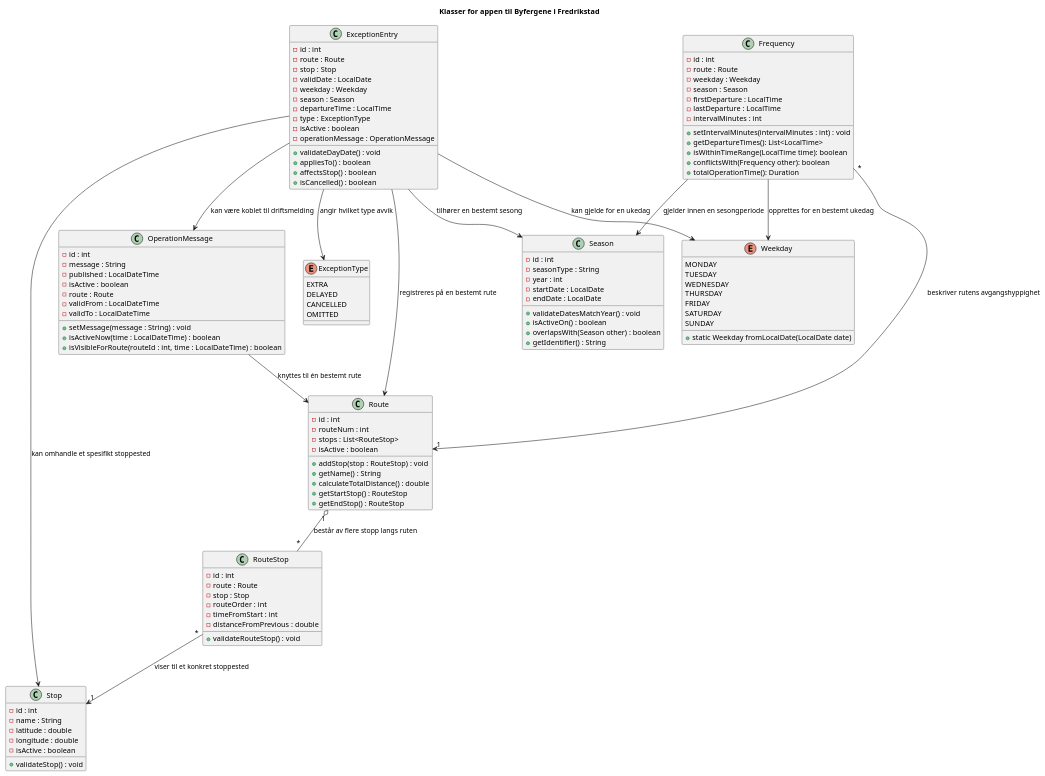
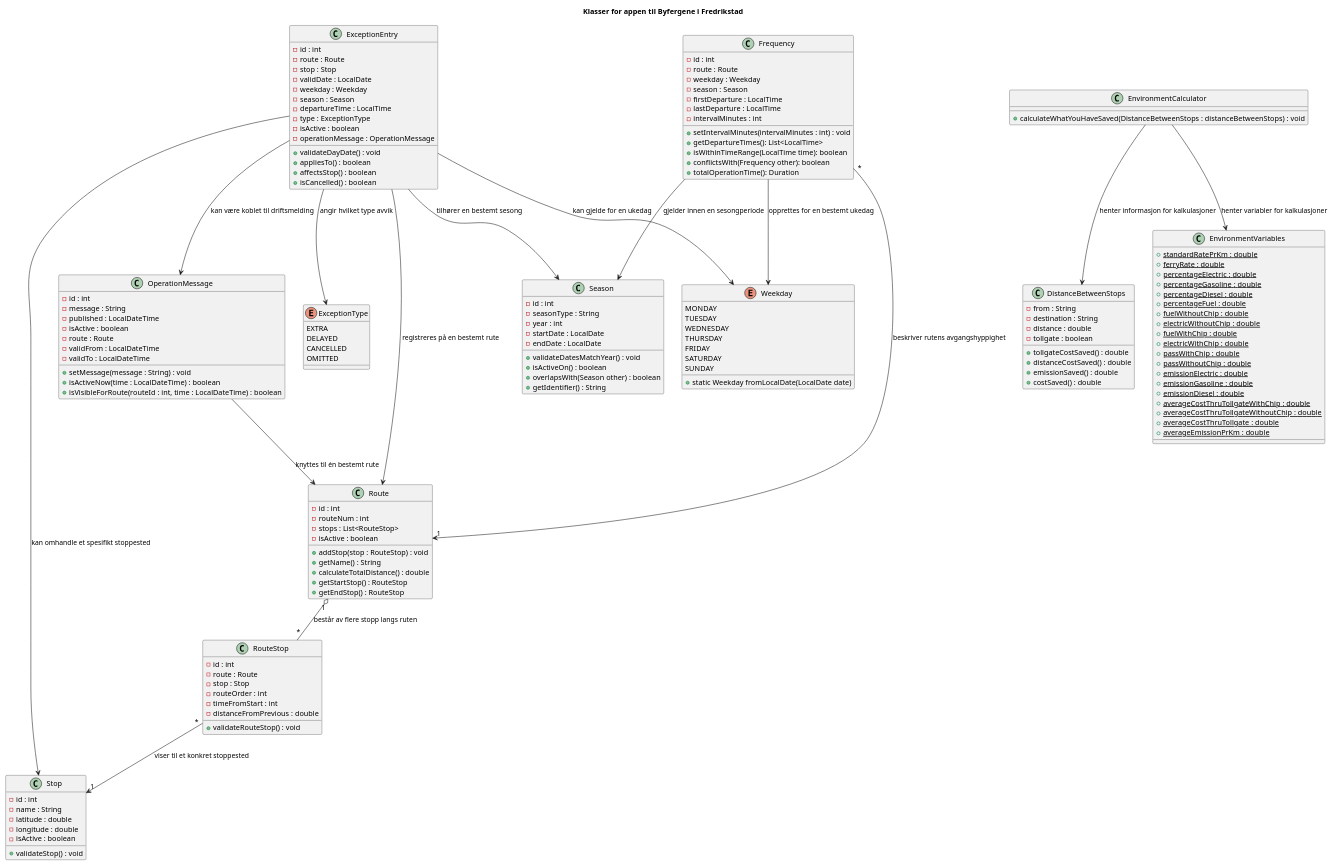
One commit to VictoriaElli/SeT15 changed the diagram in docs/Klassediagram-NY.puml. Above: the diagram before and after it, drawn with PlantUML. The commit also changed 2 other files, not shown here.

Commit message:
docs: add environment classes and sequence diagrams
Introduces Environment-related classes to the class diagram, including DistanceBetweenStops, EnvironmentCalculator, and EnvironmentVariables. Adds two new sequence diagrams for admin and user ferry departure workflows.

```diff
--- a/docs/Klassediagram-NY.puml
+++ b/docs/Klassediagram-NY.puml
@@ -1,143 +1,190 @@
 @startuml
 title Klasser for appen til Byfergene i Fredrikstad
 
 ' ========= Route =========
 class Route {
   - id : int
   - routeNum : int
   - stops : List<RouteStop>
   - isActive : boolean
 
   + addStop(stop : RouteStop) : void
   + getName() : String
   + calculateTotalDistance() : double
   + getStartStop() : RouteStop
   + getEndStop() : RouteStop
 }
 
 ' ========= RouteStop =========
 class RouteStop {
   - id : int
   - route : Route
   - stop : Stop
   - routeOrder : int
   - timeFromStart : int
   - distanceFromPrevious : double
 
   + validateRouteStop() : void
 }
 
 ' ========= Stop =========
 class Stop {
   - id : int
   - name : String
   - latitude : double
   - longitude : double
   - isActive : boolean
 
   + validateStop() : void
 }
 
 ' ========= OperationMessage =========
 class OperationMessage {
   - id : int
   - message : String
   - published : LocalDateTime
   - isActive : boolean
   - route : Route
   - validFrom : LocalDateTime
   - validTo : LocalDateTime
 
   + setMessage(message : String) : void
   + isActiveNow(time : LocalDateTime) : boolean
   + isVisibleForRoute(routeId : int, time : LocalDateTime) : boolean
 }
 
 ' ========= ExceptionEntry =========
 class ExceptionEntry {
   - id : int
   - route : Route
   - stop : Stop
   - validDate : LocalDate
   - weekday : Weekday
   - season : Season
   - departureTime : LocalTime
   - type : ExceptionType
   - isActive : boolean
   - operationMessage : OperationMessage
 
   + validateDayDate() : void
   + appliesTo() : boolean
   + affectsStop() : boolean
   + isCancelled() : boolean
 }
 
 ' ========= Frequency =========
 class Frequency {
   - id : int
   - route : Route
   - weekday : Weekday
   - season : Season
   - firstDeparture : LocalTime
   - lastDeparture : LocalTime
   - intervalMinutes : int
 
   + setIntervalMinutes(intervalMinutes : int) : void
   + getDepartureTimes(): List<LocalTime>
   + isWithinTimeRange(LocalTime time): boolean
   + conflictsWith(Frequency other): boolean
   + totalOperationTime(): Duration
 }
 
 ' ========= Season =========
 class Season {
   - id : int
   - seasonType : String
   - year : int
   - startDate : LocalDate
   - endDate : LocalDate
 
   + validateDatesMatchYear() : void
   + isActiveOn() : boolean
   + overlapsWith(Season other) : boolean
   + getIdentifier() : String
 }
 
 ' ========= Enums =========
 enum Weekday {
   MONDAY
   TUESDAY
   WEDNESDAY
   THURSDAY
   FRIDAY
   SATURDAY
   SUNDAY
 
   + static Weekday fromLocalDate(LocalDate date)
 }
 
 enum ExceptionType {
   EXTRA
   DELAYED
   CANCELLED
   OMITTED
 }
 
+' ========= Environment =========
+class DistanceBetweenStops {
+  - from : String
+  - destination : String
+  - distance : double
+  - tollgate : boolean
+
+  + tollgateCostSaved() : double
+  + distanceCostSaved() : double
+  + emissionSaved() : double
+  + costSaved() : double
+}
+
+class EnvironmentCalculator {
+  + calculateWhatYouHaveSaved(DistanceBetweenStops : distanceBetweenStops) : void
+}
+
+class EnvironmentVariables {
+    + {static} standardRatePrKm : double
+    + {static} ferryRate : double
+    + {static} percentageElectric : double
+    + {static} percentageGasoline : double
+    + {static} percentageDiesel : double
+    + {static} percentageFuel : double
+    + {static} fuelWithoutChip : double
+    + {static} electricWithoutChip : double
+    + {static} fuelWithChip : double
+    + {static} electricWithChip : double
+    + {static} passWithChip : double
+    + {static} passWithoutChip : double
+    + {static} emissionElectric : double
+    + {static} emissionGasoline : double
+    + {static} emissionDiesel : double
+    + {static} averageCostThruTollgateWithChip : double
+    + {static} averageCostThruTollgateWithoutChip : double
+    + {static} averageCostThruTollgate : double
+    + {static} averageEmissionPrKm : double
+}
+
+
+EnvironmentCalculator --> DistanceBetweenStops : henter informasjon for kalkulasjoner
+EnvironmentCalculator --> EnvironmentVariables : henter variabler for kalkulasjoner
+
+
+
+
 ' ========= Relasjoner (mer naturlige beskrivelser) =========
 Route "1" o-- "*" RouteStop : består av flere stopp langs ruten
 RouteStop "*" --> "1" Stop : viser til et konkret stoppested
 
 OperationMessage --> Route : knyttes til én bestemt rute
 
 Frequency "*" --> "1" Route : beskriver rutens avgangshyppighet
 Frequency --> Weekday : opprettes for en bestemt ukedag
 Frequency --> Season : gjelder innen en sesongperiode
 
 ExceptionEntry --> Route : registreres på en bestemt rute
 ExceptionEntry --> Stop : kan omhandle et spesifikt stoppested
 ExceptionEntry --> Weekday : kan gjelde for en ukedag
 ExceptionEntry --> Season : tilhører en bestemt sesong
 ExceptionEntry --> ExceptionType : angir hvilket type avvik
 ExceptionEntry --> OperationMessage : kan være koblet til driftsmelding
 
+
 @enduml
```
